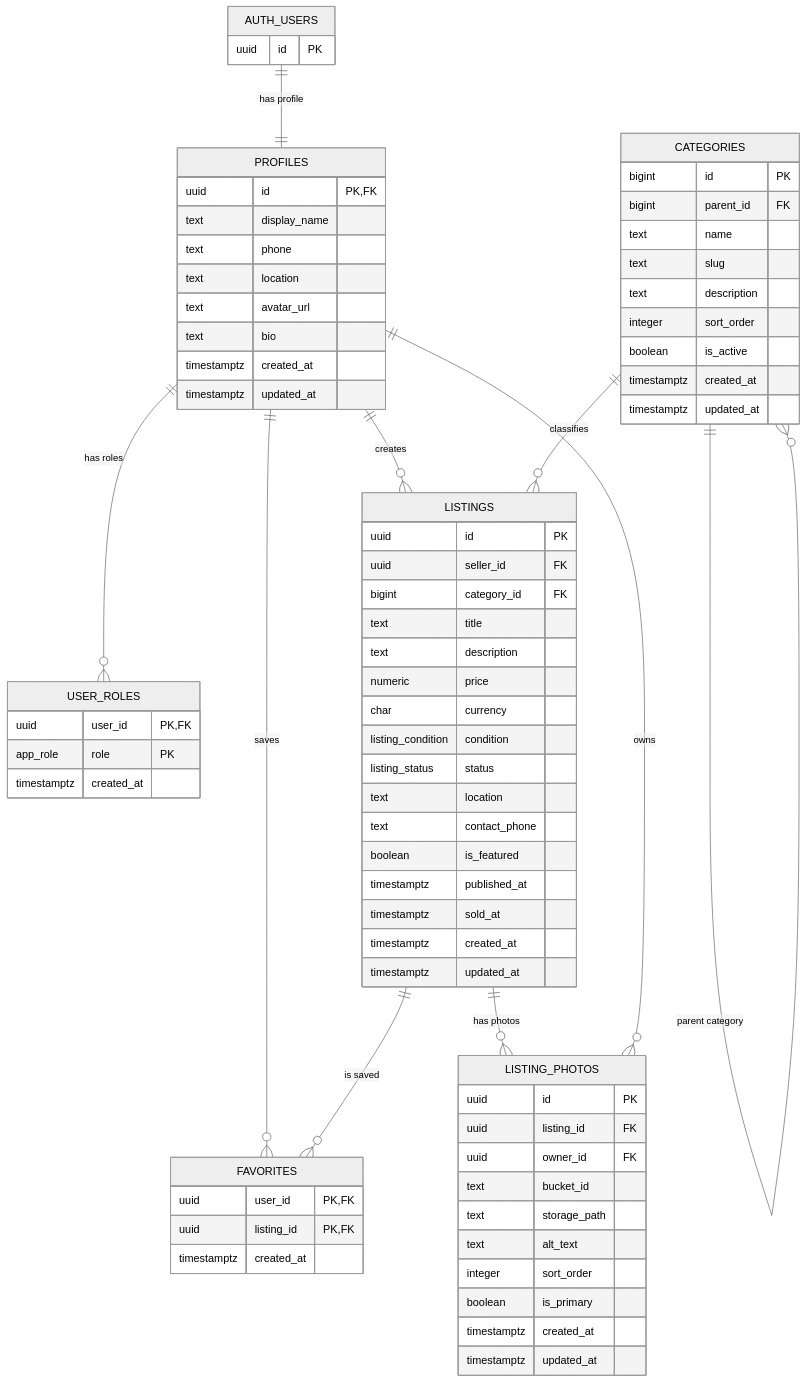
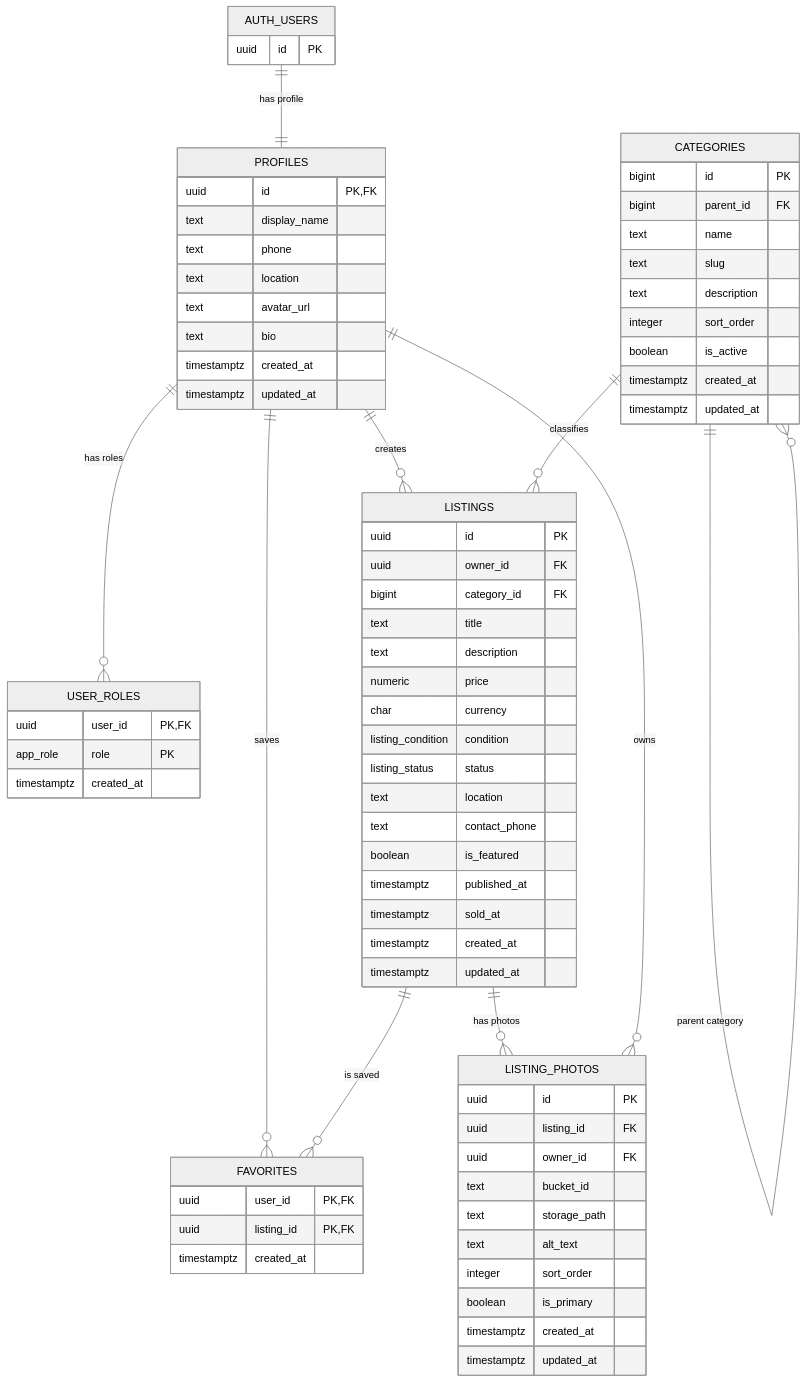
The diagram in docs/database.md (mirosoftuni/notolx), drawn with Mermaid (neutral theme) before and after one commit. The commit also changed other lines of this file and 6 other files, not shown here.

```diff
--- a/docs/database.md
+++ b/docs/database.md
@@ -245,7 +245,7 @@
 
   LISTINGS {
     uuid id PK
-    uuid seller_id FK
+    uuid owner_id FK
     bigint category_id FK
     text title
     text description
```
